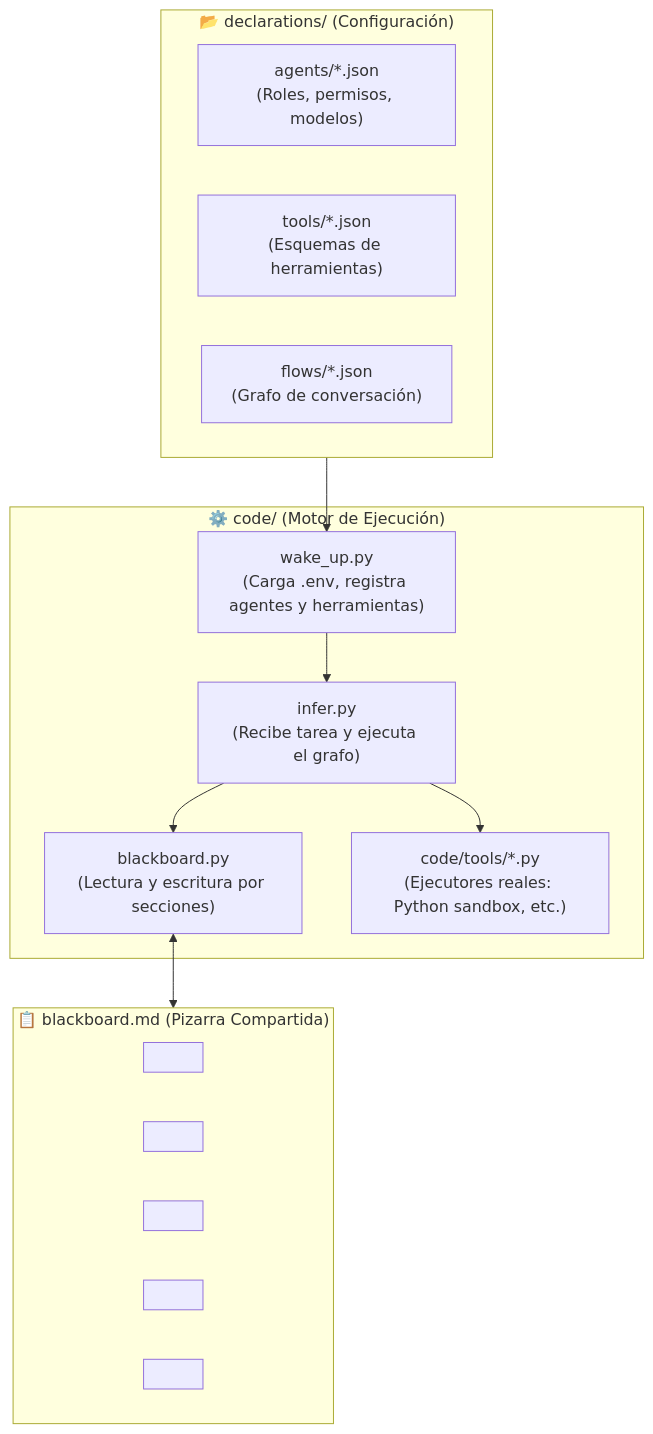
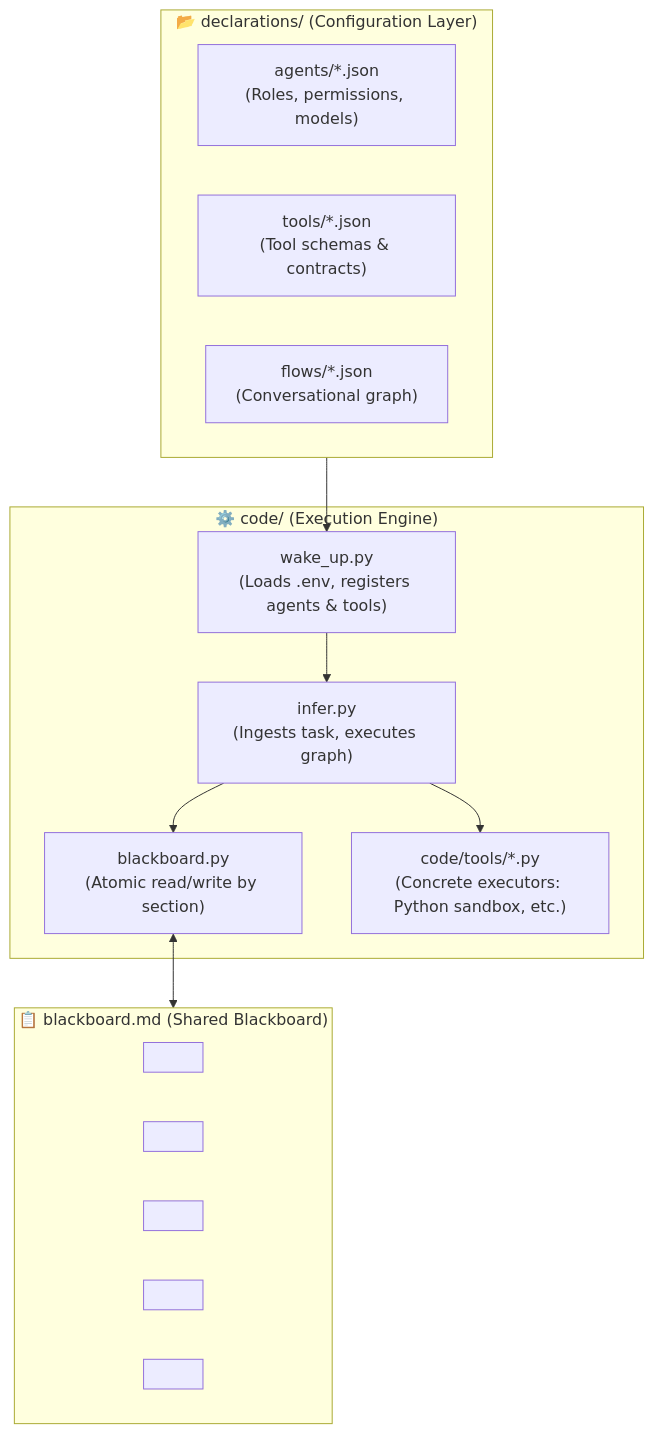
The diagram in README.md (jmalagont97/task-driven-harness), drawn with Mermaid before and after one commit. The commit also changed other lines of this file and 8 other files, not shown here.

````diff
--- a/README.md
+++ b/README.md
@@ -32,29 +32,29 @@
 ```mermaid
 flowchart TD
-    subgraph Declarations ["📂 declarations/ (Configuración)"]
-        D_Agents["agents/*.json\n(Roles, permisos, modelos)"]
-        D_Tools["tools/*.json\n(Esquemas de herramientas)"]
-        D_Flows["flows/*.json\n(Grafo de conversación)"]
+    subgraph Declarations ["📂 declarations/ (Configuration Layer)"]
+        D_Agents["agents/*.json\n(Roles, permissions, models)"]
+        D_Tools["tools/*.json\n(Tool schemas & contracts)"]
+        D_Flows["flows/*.json\n(Conversational graph)"]
     end
 
-    subgraph Core ["⚙️ code/ (Motor de Ejecución)"]
-        WU["wake_up.py\n(Carga .env, registra agentes y herramientas)"]
-        INF["infer.py\n(Recibe tarea y ejecuta el grafo)"]
-        BB_MGR["blackboard.py\n(Lectura y escritura por secciones)"]
-        TOOL_IMPL["code/tools/*.py\n(Ejecutores reales: Python sandbox, etc.)"]
+    subgraph Core ["⚙️ code/ (Execution Engine)"]
+        WU["wake_up.py\n(Loads .env, registers agents & tools)"]
+        INF["infer.py\n(Ingests task, executes graph)"]
+        BB_MGR["blackboard.py\n(Atomic read/write by section)"]
+        TOOL_IMPL["code/tools/*.py\n(Concrete executors: Python sandbox, etc.)"]
     end
 
-    subgraph SharedState ["📋 blackboard.md (Pizarra Compartida)"]
+    subgraph SharedState ["📋 blackboard.md (Shared Blackboard)"]
         S1["<!-- SECTION: problem_spec -->"]
         S2["<!-- SECTION: eda_insights -->"]
         S3["<!-- SECTION: feature_engineering -->"]
         S4["<!-- SECTION: experiment_leaderboard -->"]
         S5["<!-- SECTION: final_decision -->"]
     end
 
     Declarations --> WU
     WU --> INF
     INF --> BB_MGR
     INF --> TOOL_IMPL
     BB_MGR <--> SharedState
 ```
````
